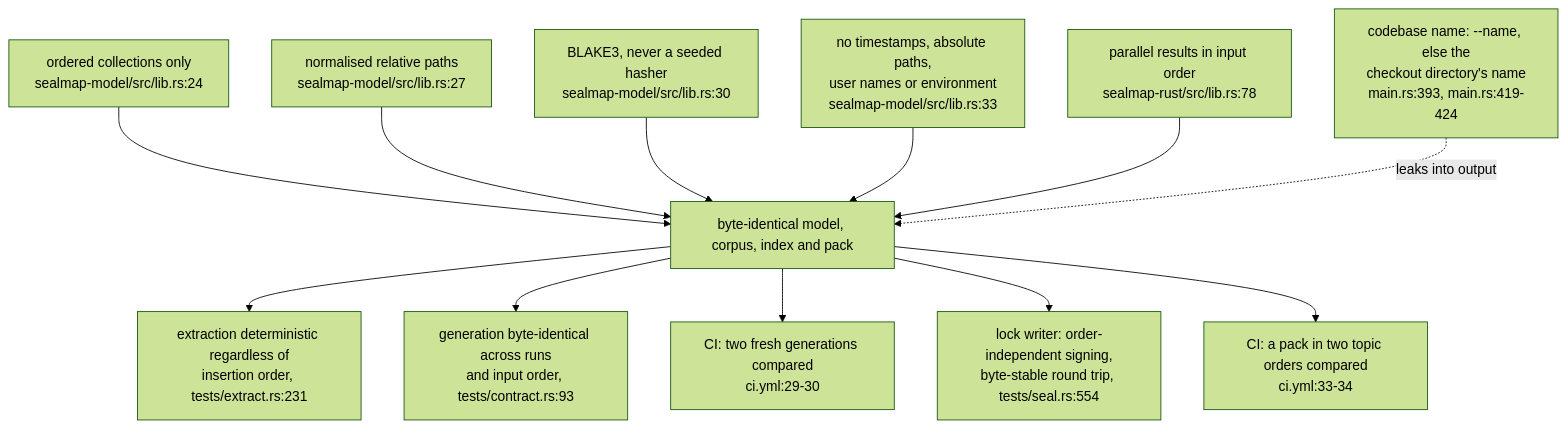
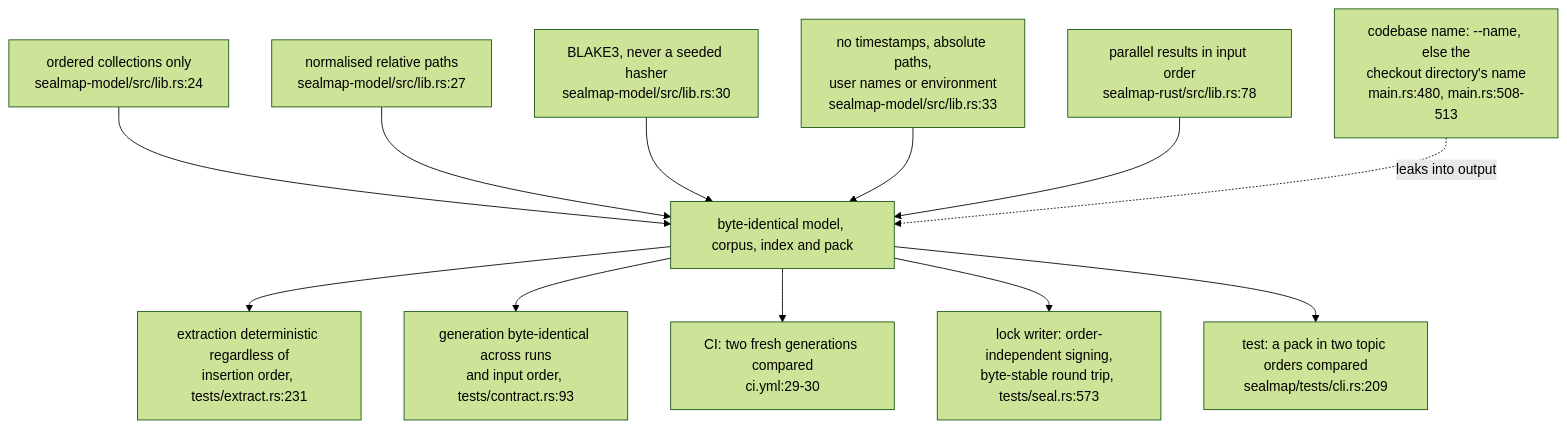
Before and after one commit to DreamLab-AI/VisionFlow: the third of 5 diagrams in docs/diagrams/sealmap/19-ci-msrv-and-determinism.md, drawn with Mermaid (forest theme). The commit also changed other lines of this file and 59 other files, not shown here.

First line of the commit message:
docs(diagrams): re-derive and re-stamp forum, website, pod, ontomark and sealmap topics

````diff
--- a/docs/diagrams/sealmap/19-ci-msrv-and-determinism.md
+++ b/docs/diagrams/sealmap/19-ci-msrv-and-determinism.md
@@ -155,26 +153,26 @@
 ```mermaid
 flowchart TB
     O["ordered collections only<br/>sealmap-model/src/lib.rs:24"]
     P["normalised relative paths<br/>sealmap-model/src/lib.rs:27"]
     H["BLAKE3, never a seeded hasher<br/>sealmap-model/src/lib.rs:30"]
     A["no timestamps, absolute paths,<br/>user names or environment<br/>sealmap-model/src/lib.rs:33"]
     PO["parallel results in input order<br/>sealmap-rust/src/lib.rs:78"]
     BY["byte-identical model, corpus, index and pack"]
     T1["extraction deterministic regardless of<br/>insertion order, tests/extract.rs:231"]
     T2["generation byte-identical across runs<br/>and input order, tests/contract.rs:93"]
     T3["CI: two fresh generations compared<br/>ci.yml:29-30"]
-    T4["lock writer: order-independent signing,<br/>byte-stable round trip, tests/seal.rs:554"]
-    T5["CI: a pack in two topic orders compared<br/>ci.yml:33-34"]
-    NM["codebase name: --name, else the<br/>checkout directory's name<br/>main.rs:393, main.rs:419-424"]
+    T4["lock writer: order-independent signing,<br/>byte-stable round trip, tests/seal.rs:573"]
+    T5["test: a pack in two topic orders compared<br/>sealmap/tests/cli.rs:209"]
+    NM["codebase name: --name, else the<br/>checkout directory's name<br/>main.rs:480, main.rs:508-513"]
     O --> BY
     P --> BY
     H --> BY
     A --> BY
     PO --> BY
     BY --> T1
     BY --> T2
     BY --> T3
     BY --> T4
     BY --> T5
     NM -.->|leaks into output| BY
 ```
````
